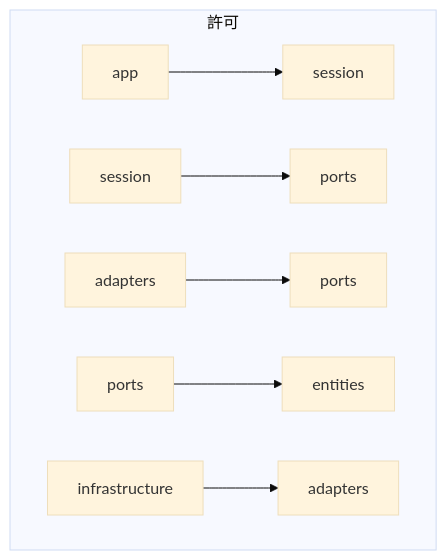
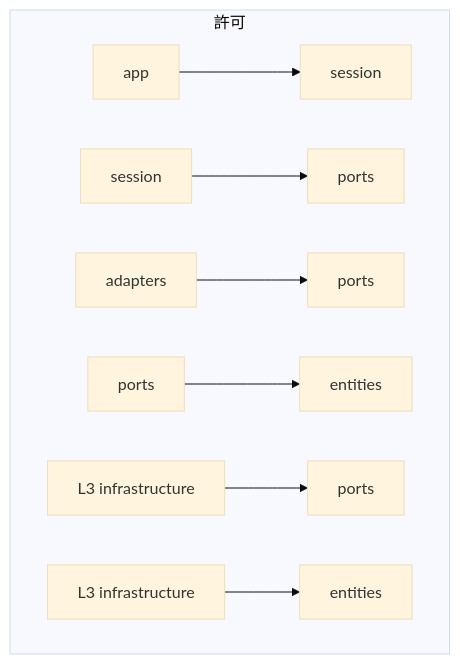
One commit to MasanoriSuda/virtual_voicebot changed the third of 5 diagrams in virtual-voicebot-backend/docs/design/basic/BD-003_dependency-diagram.md. Above: the diagram before and after it, drawn with Mermaid (base theme). The commit also changed other lines of this file and 14 other files, not shown here.

````diff
--- a/virtual-voicebot-backend/docs/design/basic/BD-003_dependency-diagram.md
+++ b/virtual-voicebot-backend/docs/design/basic/BD-003_dependency-diagram.md
@@ -102,11 +144,12 @@
 ```mermaid
 flowchart LR
     subgraph 許可
         direction LR
         A1[app] --> B1[session]
         A2[session] --> B2[ports]
         A3[adapters] --> B3[ports]
         A4[ports] --> B4[entities]
-        A5[infrastructure] --> B5[adapters]
+        A5[L3 infrastructure] --> B5[ports]
+        A6[L3 infrastructure] --> B6[entities]
     end
 ```
````
